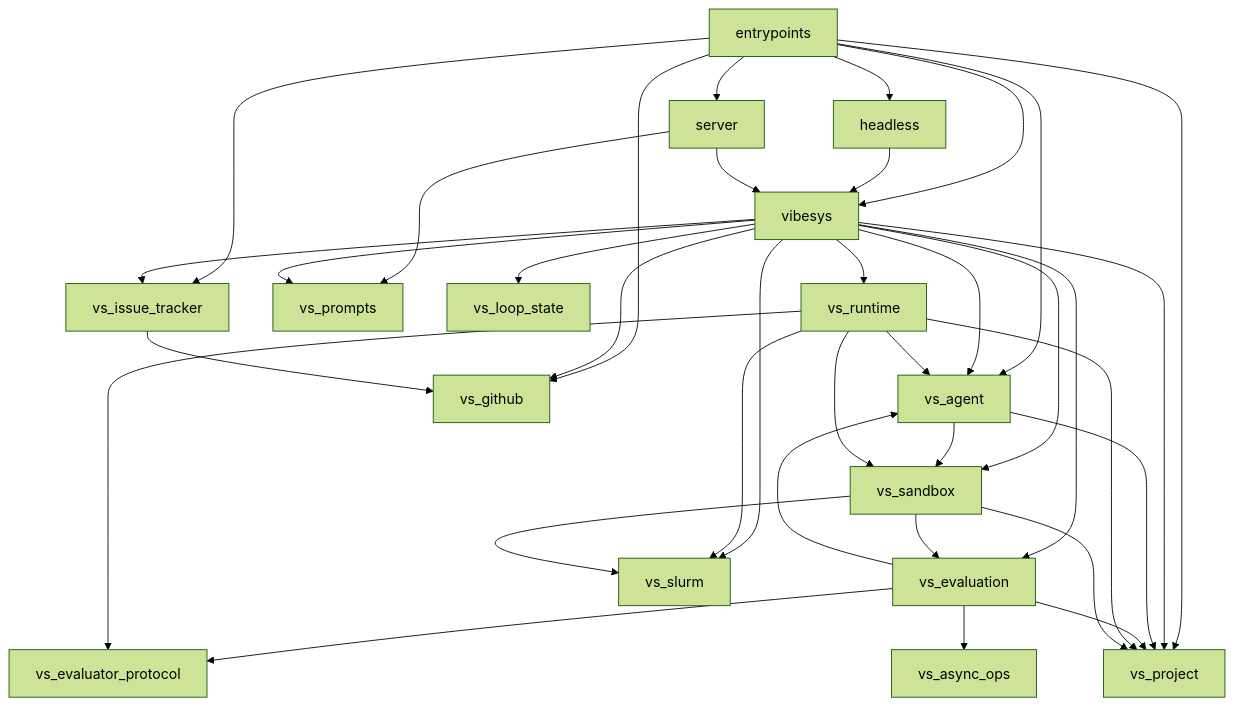
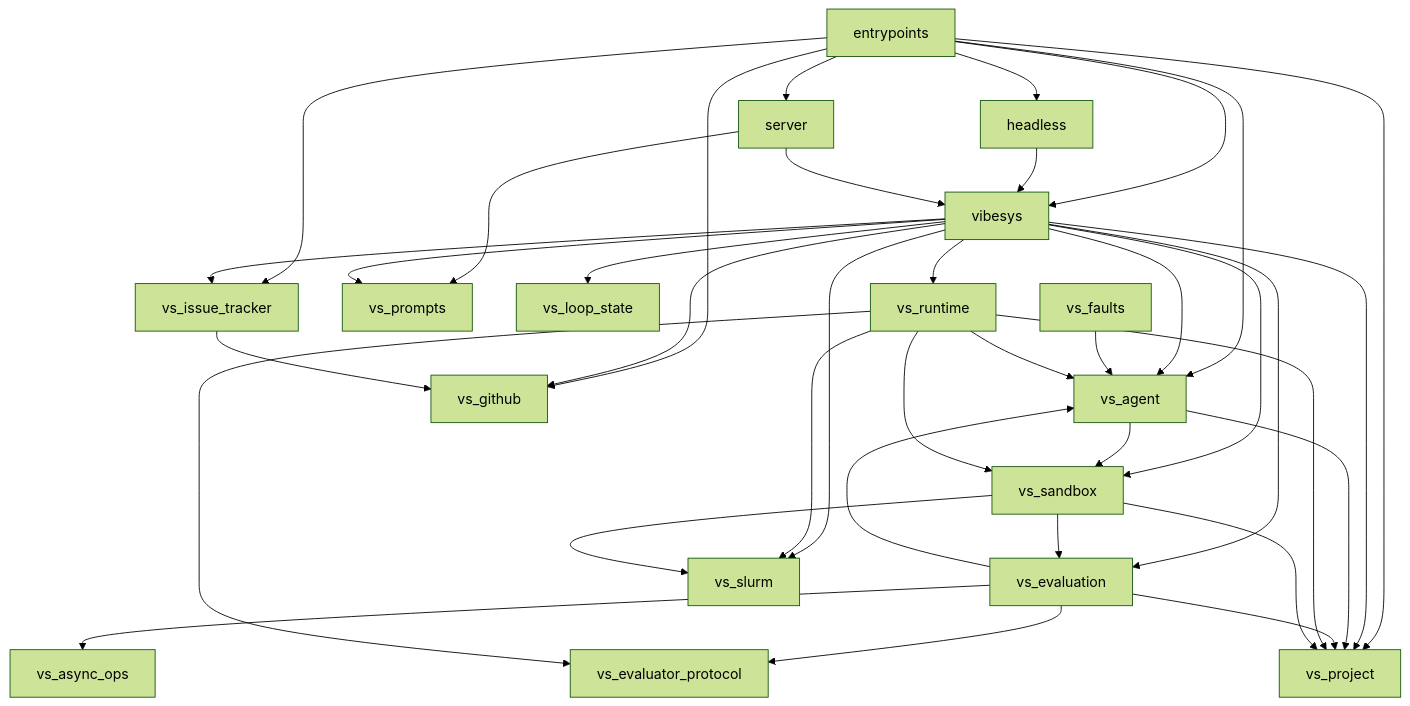
The first of 3 diagrams in docs/contributing/architecture.md (AyanBinRafaih/vibe-serve), drawn with Mermaid (forest theme) before and after one commit. The commit also changed other lines of this file and 26 other files, not shown here.

````diff
--- a/docs/contributing/architecture.md
+++ b/docs/contributing/architecture.md
@@ -46,38 +46,39 @@
 ```mermaid
 graph TD
     entrypoints --> headless
     entrypoints --> server
     entrypoints --> vibesys
     entrypoints --> vs_agent
     entrypoints --> vs_github
     entrypoints --> vs_issue_tracker
     entrypoints --> vs_project
     headless --> vibesys
     server --> vibesys
     server --> vs_prompts
     vibesys --> vs_agent
     vibesys --> vs_evaluation
     vibesys --> vs_github
     vibesys --> vs_issue_tracker
     vibesys --> vs_loop_state
     vibesys --> vs_project
     vibesys --> vs_prompts
     vibesys --> vs_runtime
     vibesys --> vs_sandbox
     vibesys --> vs_slurm
     vs_agent --> vs_project
     vs_agent --> vs_sandbox
     vs_evaluation --> vs_agent
     vs_evaluation --> vs_async_ops
     vs_evaluation --> vs_evaluator_protocol
     vs_evaluation --> vs_project
+    vs_faults --> vs_agent
     vs_issue_tracker --> vs_github
     vs_runtime --> vs_agent
     vs_runtime --> vs_evaluator_protocol
     vs_runtime --> vs_project
     vs_runtime --> vs_sandbox
     vs_runtime --> vs_slurm
     vs_sandbox --> vs_evaluation
     vs_sandbox --> vs_project
     vs_sandbox --> vs_slurm
 ```
````
